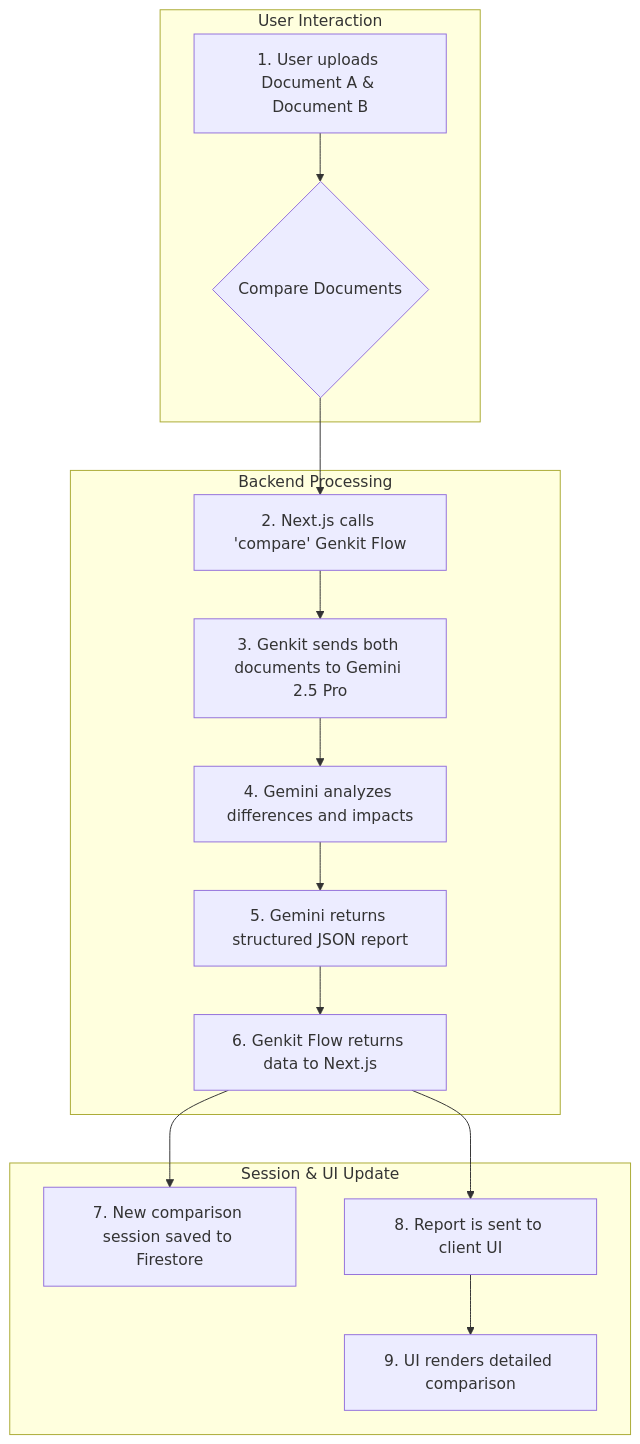
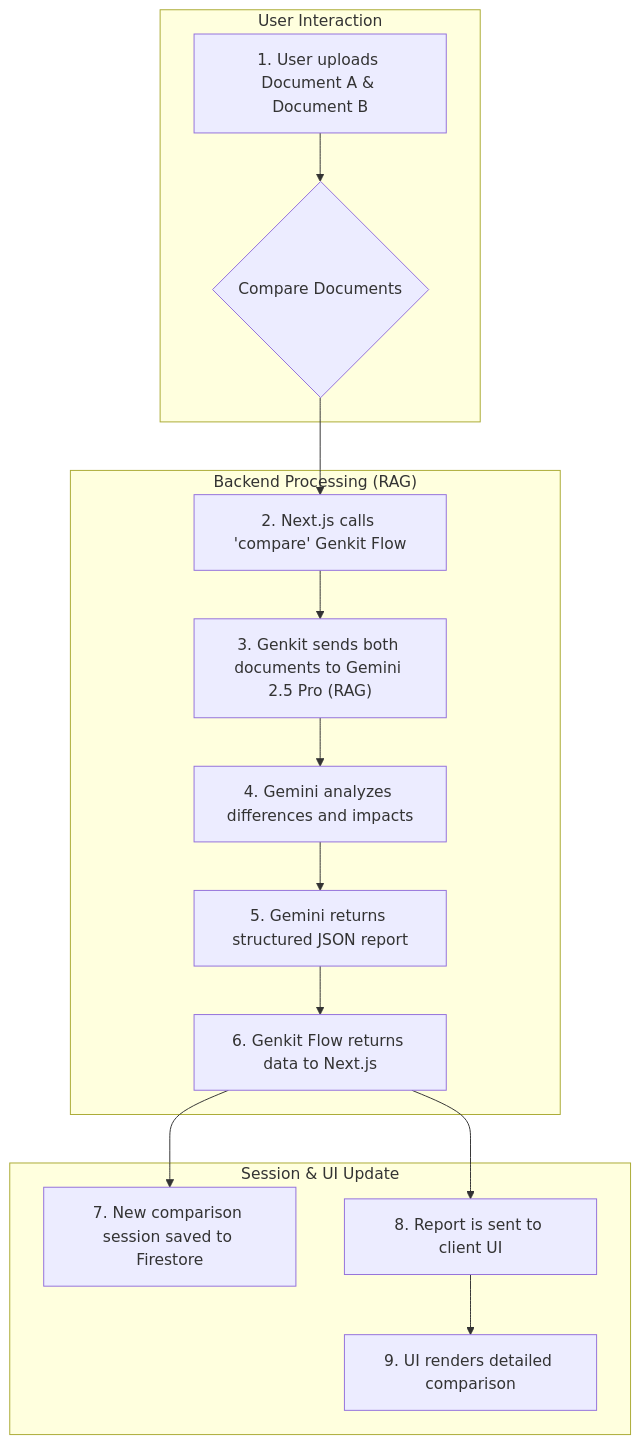
One commit to RD500/Vidhik changed the third of 3 diagrams in README.md. Above: the diagram before and after it, drawn with Mermaid. The commit also changed other lines of this file, not shown here.

````diff
--- a/README.md
+++ b/README.md
@@ -137,18 +137,18 @@
 ```mermaid
 graph TD
     subgraph User Interaction
         A[1. User uploads Document A & Document B] --> B{Compare Documents};
     end
-    subgraph Backend Processing
+    subgraph "Backend Processing (RAG)"
         B --> C[2. Next.js calls 'compare' Genkit Flow];
-        C --> D[3. Genkit sends both documents to Gemini 2.5 Pro];
+        C --> D["3. Genkit sends both documents to Gemini 2.5 Pro (RAG)"];
         D --> E[4. Gemini analyzes differences and impacts];
         E --> F[5. Gemini returns structured JSON report];
         F --> G[6. Genkit Flow returns data to Next.js];
     end
     subgraph Session & UI Update
         G --> H[7. New comparison session saved to Firestore];
         G --> I[8. Report is sent to client UI];
         I --> J[9. UI renders detailed comparison];
     end
 ```
````
